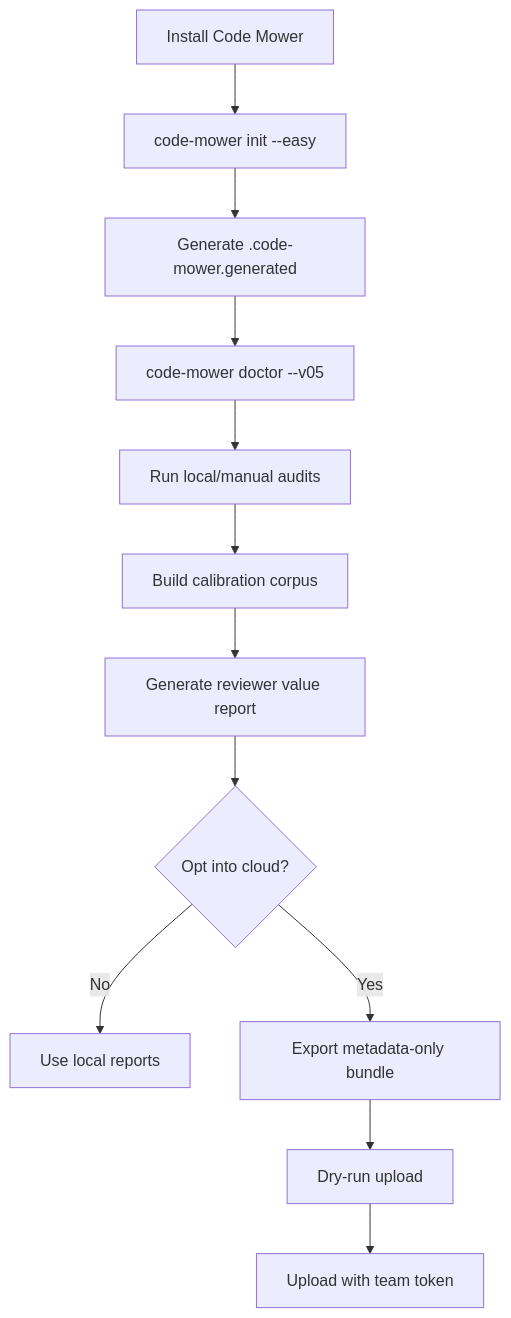
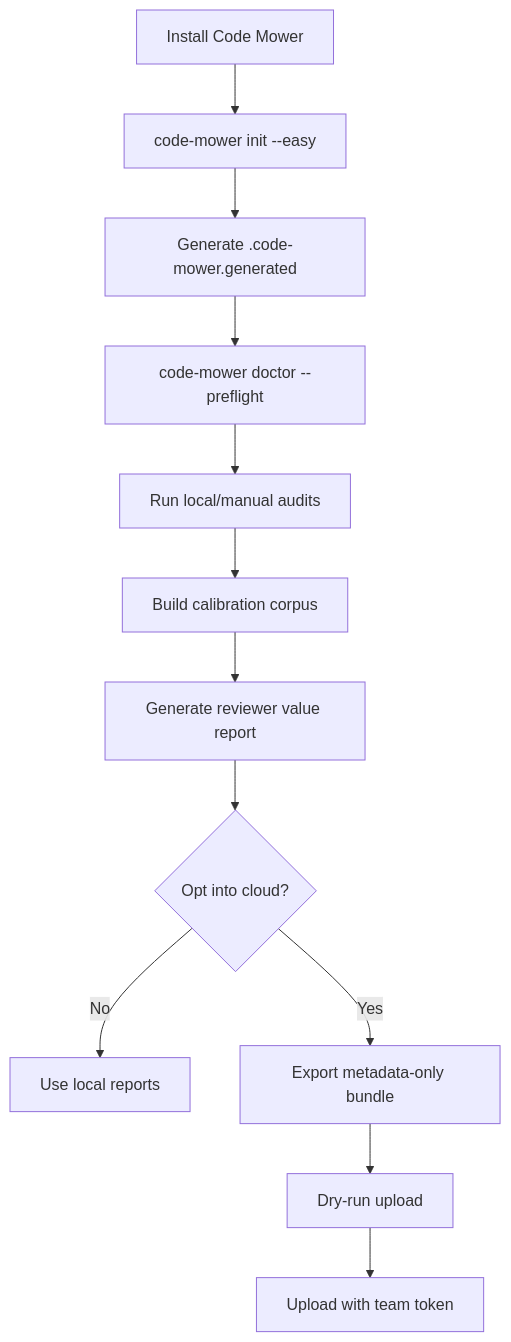
One commit to codemower-ai/code-mower changed the diagram in docs/architecture.md. Above: the diagram before and after it, drawn with Mermaid. The commit also changed other lines of this file and 8 other files, not shown here.

````diff
--- a/docs/architecture.md
+++ b/docs/architecture.md
@@ -72,14 +74,14 @@
 ```mermaid
 flowchart TD
   A["Install Code Mower"] --> B["code-mower init --easy"]
   B --> C["Generate .code-mower.generated"]
-  C --> D["code-mower doctor --v05"]
+  C --> D["code-mower doctor --preflight"]
   D --> E["Run local/manual audits"]
   E --> F["Build calibration corpus"]
   F --> G["Generate reviewer value report"]
   G --> H{"Opt into cloud?"}
   H -->|No| I["Use local reports"]
   H -->|Yes| J["Export metadata-only bundle"]
   J --> K["Dry-run upload"]
   K --> L["Upload with team token"]
 ```
````
